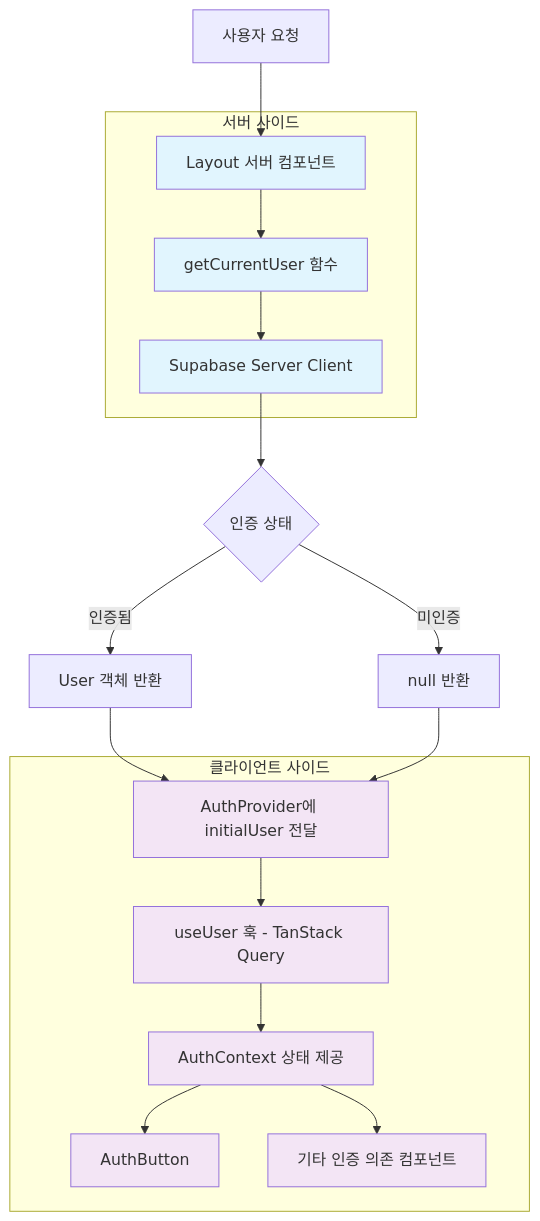
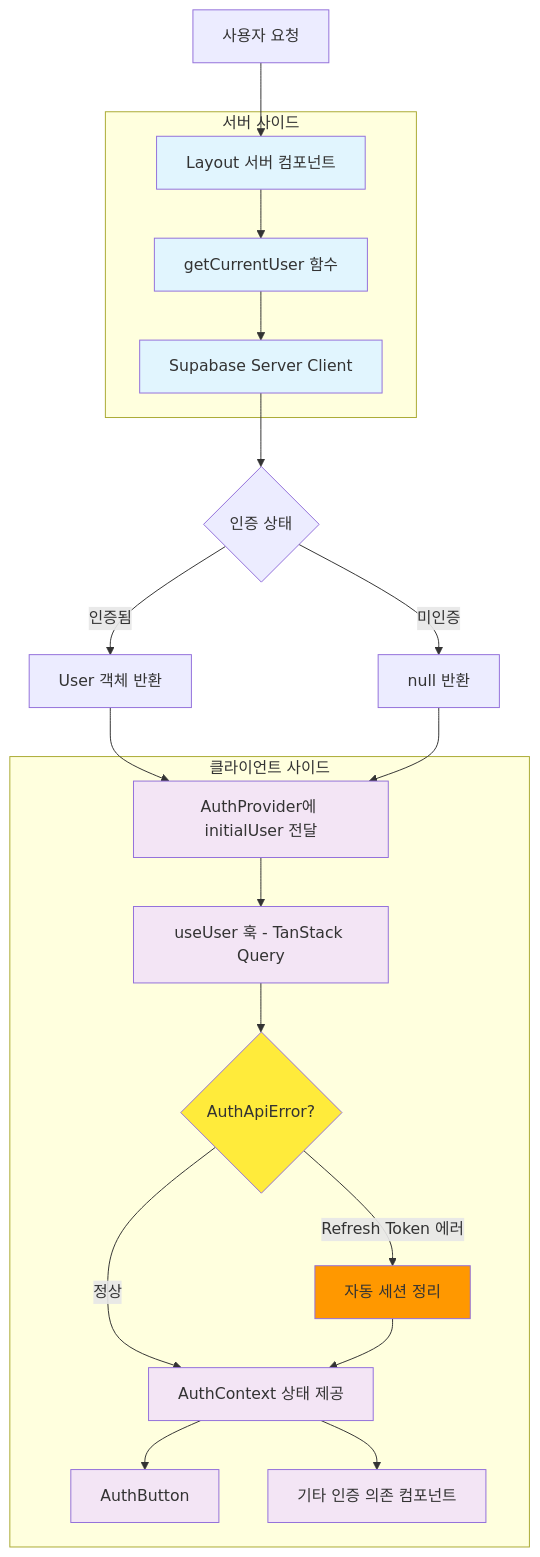
One commit to jgjgill/my-speak changed the first of 5 diagrams in docs/development/authentication-architecture.md. Above: the diagram before and after it, drawn with Mermaid. The commit also changed other lines of this file and 7 other files, not shown here.

First line of the commit message:
fix: useUser 훅에 AuthApiError 처리 로직 추가

````diff
--- a/docs/development/authentication-architecture.md
+++ b/docs/development/authentication-architecture.md
@@ -9,41 +9,48 @@
 ```mermaid
 graph TD
     A[사용자 요청] --> B[Layout 서버 컴포넌트]
     B --> C[getCurrentUser 함수]
     C --> D[Supabase Server Client]
     D --> E{인증 상태}
     
     E -->|인증됨| F[User 객체 반환]
     E -->|미인증| G[null 반환]
     
     F --> H[AuthProvider에 initialUser 전달]
     G --> H
     
     H --> I[useUser 훅 - TanStack Query]
-    I --> J[AuthContext 상태 제공]
+    I --> J{AuthApiError?}
+    J -->|Refresh Token 에러| K[자동 세션 정리]
+    J -->|정상| L[AuthContext 상태 제공]
+    K --> L
     
-    J --> K[AuthButton]
-    J --> L[기타 인증 의존 컴포넌트]
+    L --> M[AuthButton]
+    L --> N[기타 인증 의존 컴포넌트]
     
     subgraph "서버 사이드"
         B
         C
         D
         style B fill:#e1f5fe
         style C fill:#e1f5fe
         style D fill:#e1f5fe
     end
     
     subgraph "클라이언트 사이드"
         H
         I
         J
         K
         L
+        M
+        N
         style H fill:#f3e5f5
         style I fill:#f3e5f5
-        style J fill:#f3e5f5
-        style K fill:#f3e5f5
+        style J fill:#ffeb3b
+        style K fill:#ff9800
         style L fill:#f3e5f5
+        style M fill:#f3e5f5
+        style N fill:#f3e5f5
     end
 ```
````
